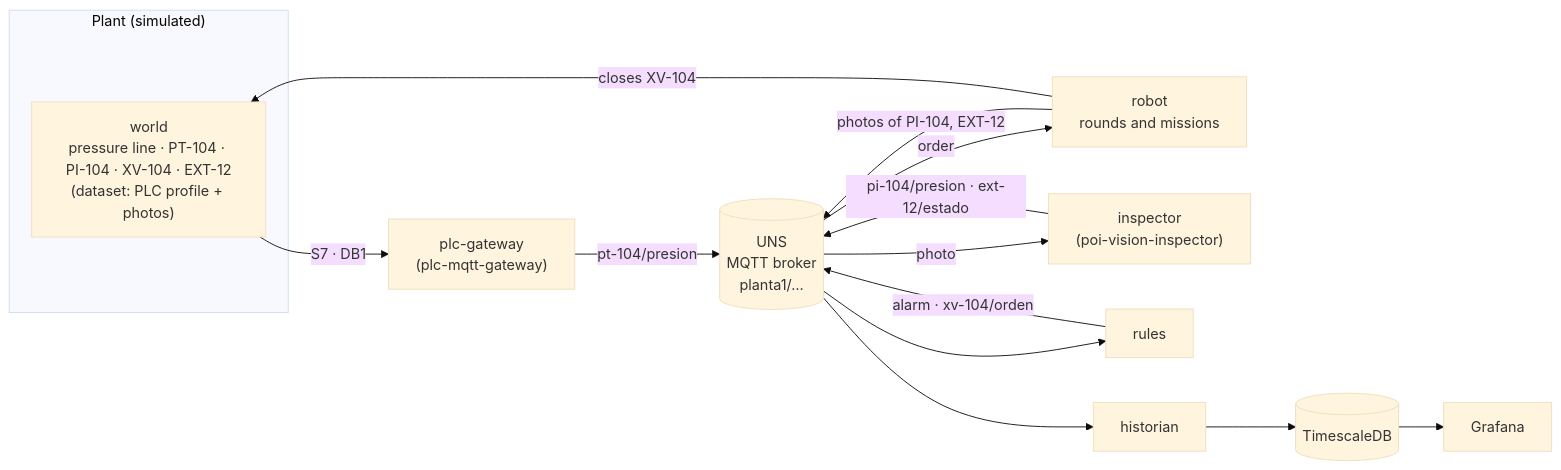
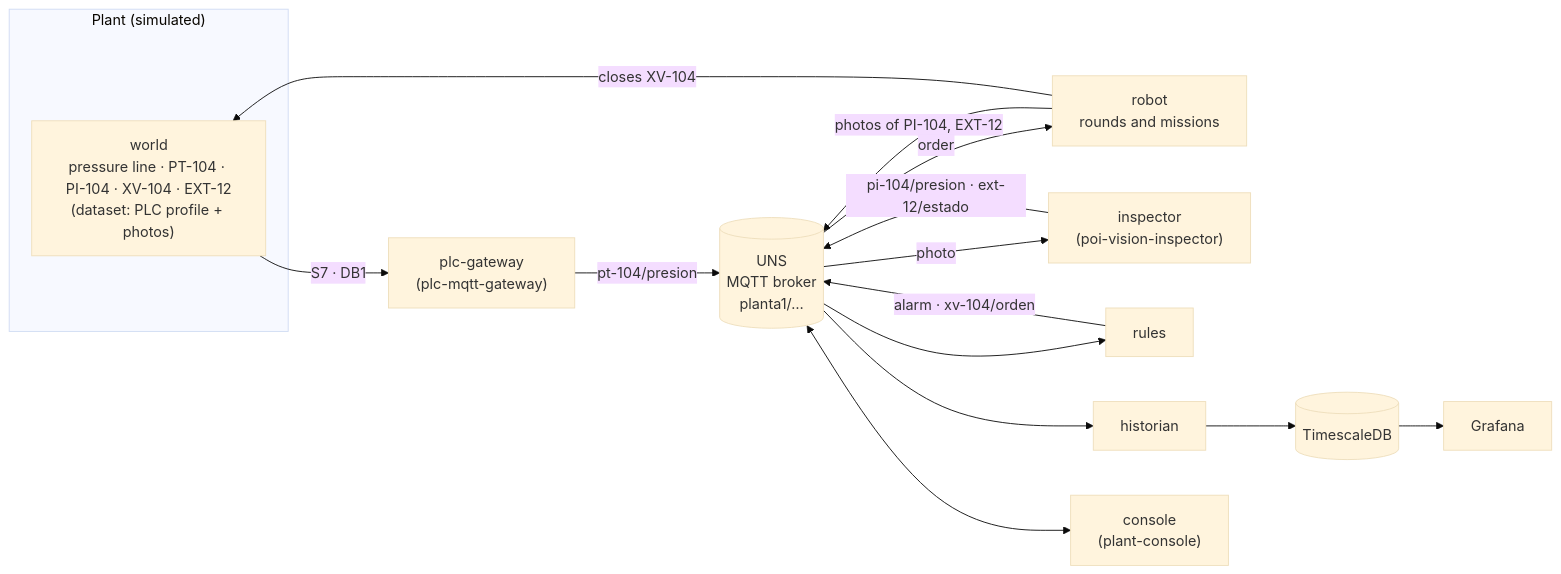
One commit to aseinotegi/industrial-uns-demo changed the diagram in README.md. Above: the diagram before and after it, drawn with Mermaid (base theme). The commit also changed other lines of this file and 14 other files, not shown here.

First line of the commit message:
Robot walks the plant map and publishes its position; rules reload; plant console

````diff
--- a/README.md
+++ b/README.md
@@ -13,17 +13,18 @@
 ```mermaid
 flowchart LR
     subgraph plant["Plant (simulated)"]
         W["world<br/>pressure line · PT-104 · PI-104 · XV-104 · EXT-12<br/>(dataset: PLC profile + photos)"]
     end
     R["robot<br/>rounds and missions"] -- "photos of PI-104, EXT-12" --> B
     W -- "S7 · DB1" --> G["plc-gateway<br/>(plc-mqtt-gateway)"]
     G -- "pt-104/presion" --> B
     B[("UNS<br/>MQTT broker<br/>planta1/…")]
     B -- photo --> V["inspector<br/>(poi-vision-inspector)"]
     V -- "pi-104/presion · ext-12/estado" --> B
     B --> RU["rules"]
     RU -- "alarm · xv-104/orden" --> B
     B -- order --> R
     R -- "closes XV-104" --> W
     B --> H["historian"] --> T[("TimescaleDB")] --> GR["Grafana"]
+    B <--> C["console<br/>(plant-console)"]
 ```
````
